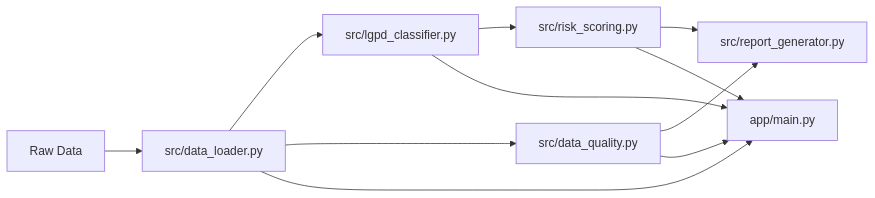
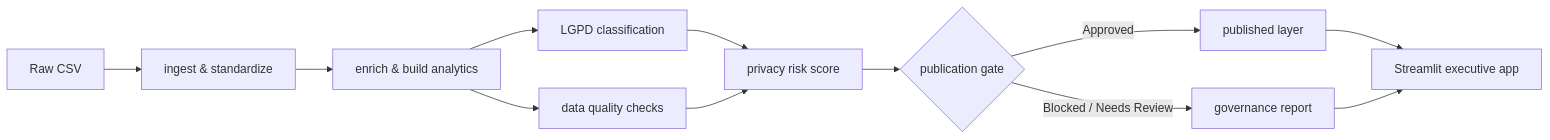
The diagram in README.md (samuelmaia-analytics/Governed-Analytics-Platform), drawn with Mermaid before and after one commit. The commit also changed other lines of this file and 122 other files, not shown here.

````diff
--- a/README.md
+++ b/README.md
@@ -48,13 +48,14 @@
 ```mermaid
 flowchart LR
-    A[Raw Data] --> B[src/data_loader.py]
-    B --> C[src/lgpd_classifier.py]
-    B --> D[src/data_quality.py]
-    C --> E[src/risk_scoring.py]
-    D --> F[src/report_generator.py]
+    A[Raw CSV] --> B[ingest & standardize]
+    B --> C[enrich & build analytics]
+    C --> D[LGPD classification]
+    C --> E[data quality checks]
+    D --> F[privacy risk score]
     E --> F
-    B --> G[app/main.py]
-    C --> G
-    D --> G
-    E --> G
+    F --> G{publication gate}
+    G -->|Approved| H[published layer]
+    G -->|Blocked / Needs Review| I[governance report]
+    H --> J[Streamlit executive app]
+    I --> J
 ```
````
